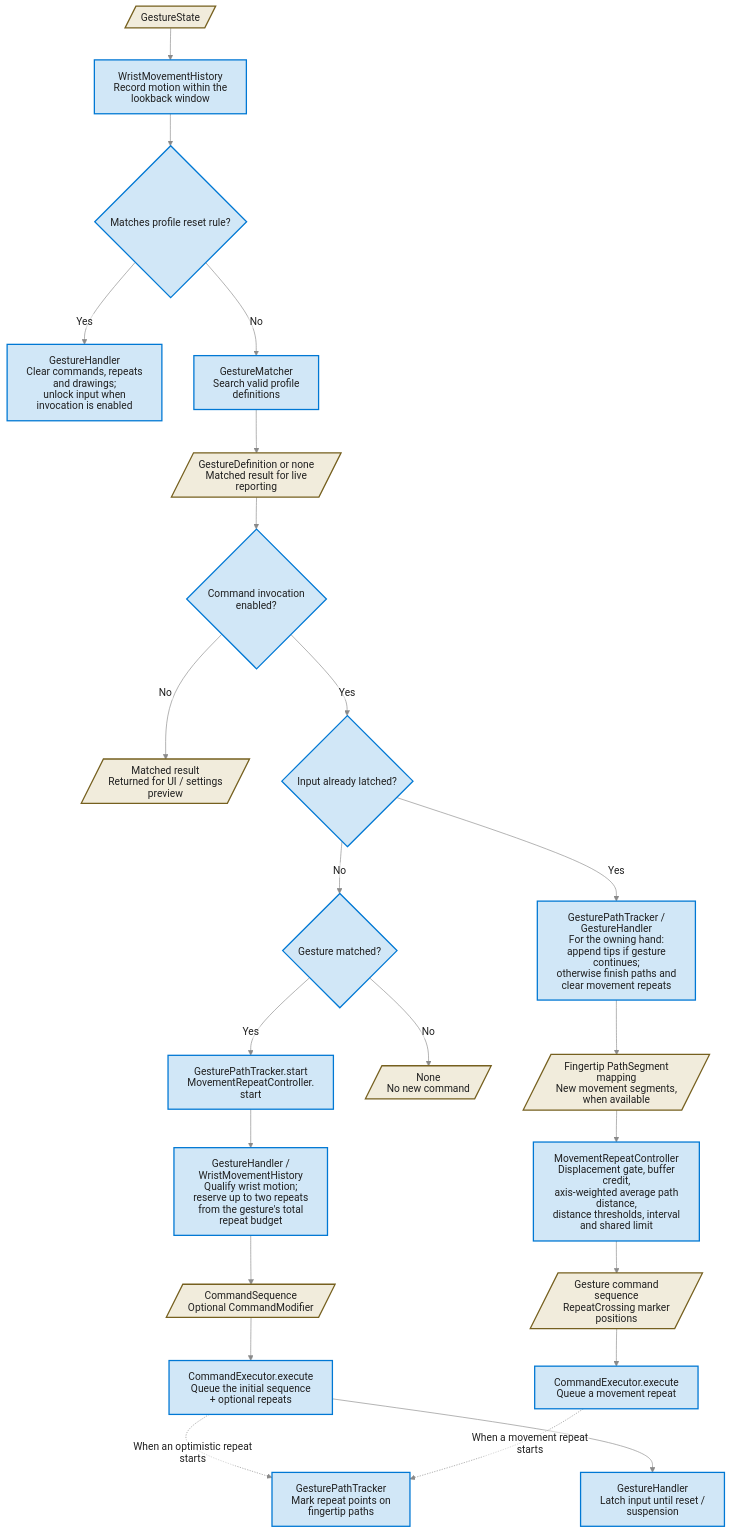
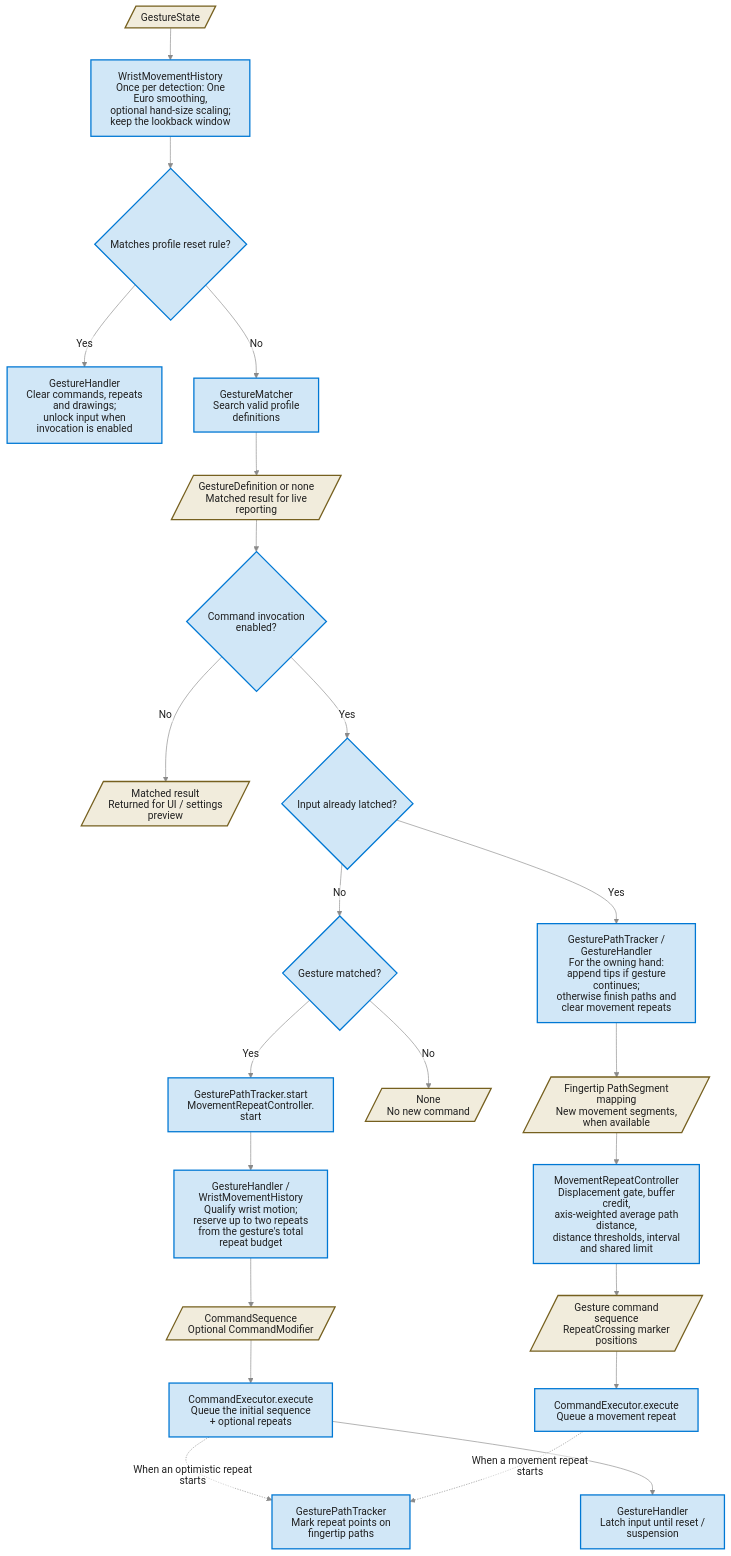
Before and after one commit to MarkJuliusAbraham/ComputerVisionBasics: the second of 3 diagrams in hand-tracking/docs/architecture.md, drawn with Mermaid. The commit also changed other lines of this file and 78 other files, not shown here.

````diff
--- a/hand-tracking/docs/architecture.md
+++ b/hand-tracking/docs/architecture.md
@@ -116,30 +116,30 @@
 ```mermaid
 %%{init: {"theme": "base", "htmlLabels": false, "flowchart": {"htmlLabels": false}, "themeCSS": ".edgeLabel rect, .labelBkg { fill: #ffffff !important; opacity: 1 !important; }", "themeVariables": {"primaryTextColor": "#202020", "textColor": "#202020", "lineColor": "#8a8a8a", "edgeLabelBackground": "#ffffff", "clusterBkg": "#f7f7f7", "clusterBorder": "#808080", "titleColor": "#202020", "background": "#ffffff"}}}%%
 flowchart TD
-    State[/"GestureState"/]:::data --> Wrist["WristMovementHistory<br/>Record motion within the lookback window"]:::component
+    State[/"GestureState"/]:::data --> Wrist["WristMovementHistory<br/>Once per detection: One Euro smoothing,<br/>optional hand-size scaling; keep the lookback window"]:::component
     Wrist --> Reset{"Matches profile reset rule?"}:::decision
     Reset -->|Yes| Clear["GestureHandler<br/>Clear commands, repeats and drawings;<br/>unlock input when invocation is enabled"]:::component
     Reset -->|No| Match["GestureMatcher<br/>Search valid profile definitions"]:::component
     Match --> Definition[/"GestureDefinition or none<br/>Matched result for live reporting"/]:::data
     Definition --> Mode{"Command invocation enabled?"}:::decision
     Mode -->|No| Report[/"Matched result<br/>Returned for UI / settings preview"/]:::data
     Mode -->|Yes| Locked{"Input already latched?"}:::decision
     Locked -->|Yes| Continue["GesturePathTracker / GestureHandler<br/>For the owning hand: append tips if gesture continues;<br/>otherwise finish paths and clear movement repeats"]:::component
     Continue --> Segments[/"Fingertip PathSegment mapping<br/>New movement segments, when available"/]:::data
     Segments --> Movement["MovementRepeatController<br/>Displacement gate, buffer credit,<br/>axis-weighted average path distance,<br/>distance thresholds, interval and shared limit"]:::component
     Locked -->|No| HasMatch{"Gesture matched?"}:::decision
     HasMatch -->|No| Idle[/"None<br/>No new command"/]:::data
     HasMatch -->|Yes| Start["GesturePathTracker.start<br/>MovementRepeatController.start"]:::component
     Start --> Optimistic["GestureHandler / WristMovementHistory<br/>Qualify wrist motion; reserve up to two repeats<br/>from the gesture's total repeat budget"]:::component
     Optimistic --> Request[/"CommandSequence<br/>Optional CommandModifier"/]:::data
     Request --> Execute["CommandExecutor.execute<br/>Queue the initial sequence + optional repeats"]:::component
     Execute --> Latch["GestureHandler<br/>Latch input until reset / suspension"]:::component
     Movement --> RepeatRequest[/"Gesture command sequence<br/>RepeatCrossing marker positions"/]:::data
     RepeatRequest --> RepeatExecute["CommandExecutor.execute<br/>Queue a movement repeat"]:::component
     Execute -. "When an optimistic repeat starts" .-> Markers["GesturePathTracker<br/>Mark repeat points on fingertip paths"]:::component
     RepeatExecute -. "When a movement repeat starts" .-> Markers
 
     classDef component fill:#d1e7f7,stroke:#0078d4,color:#202020,stroke-width:2px;
     classDef decision fill:#d1e7f7,stroke:#0078d4,color:#202020,stroke-width:2px;
     classDef data fill:#f1ecdc,stroke:#76601f,color:#202020,stroke-width:2px;
 ```
````
